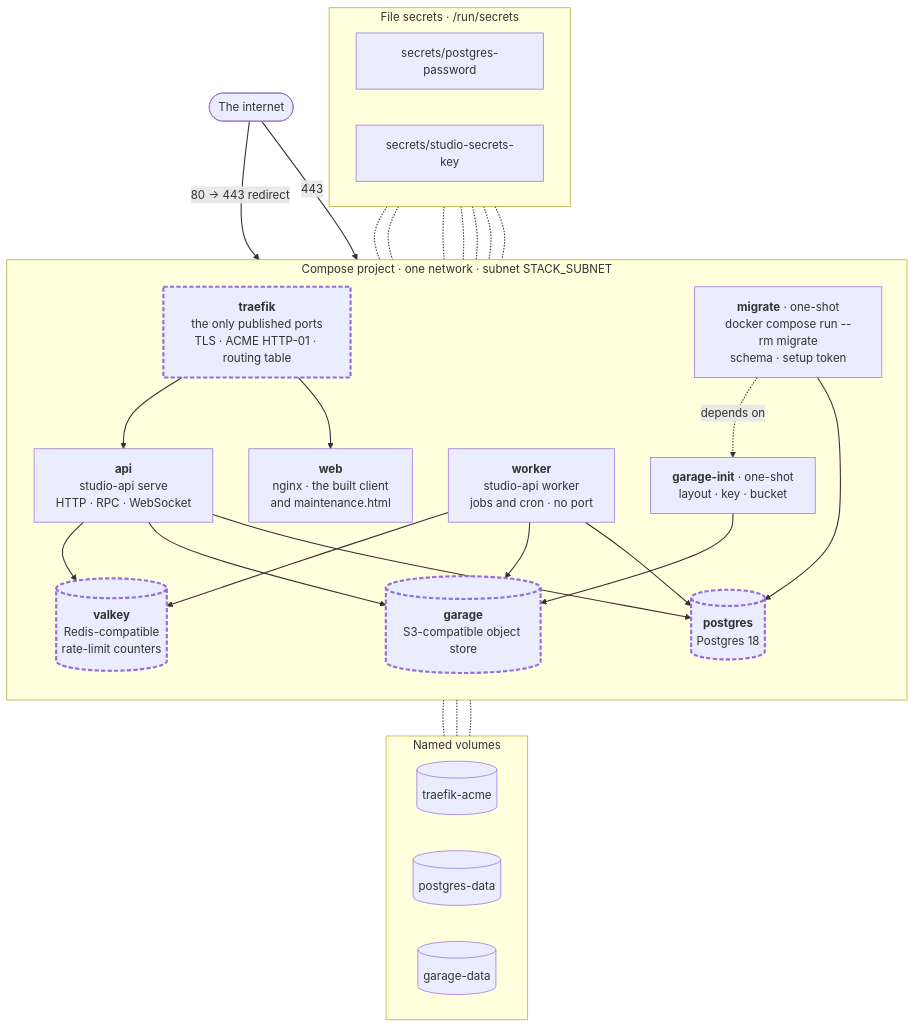
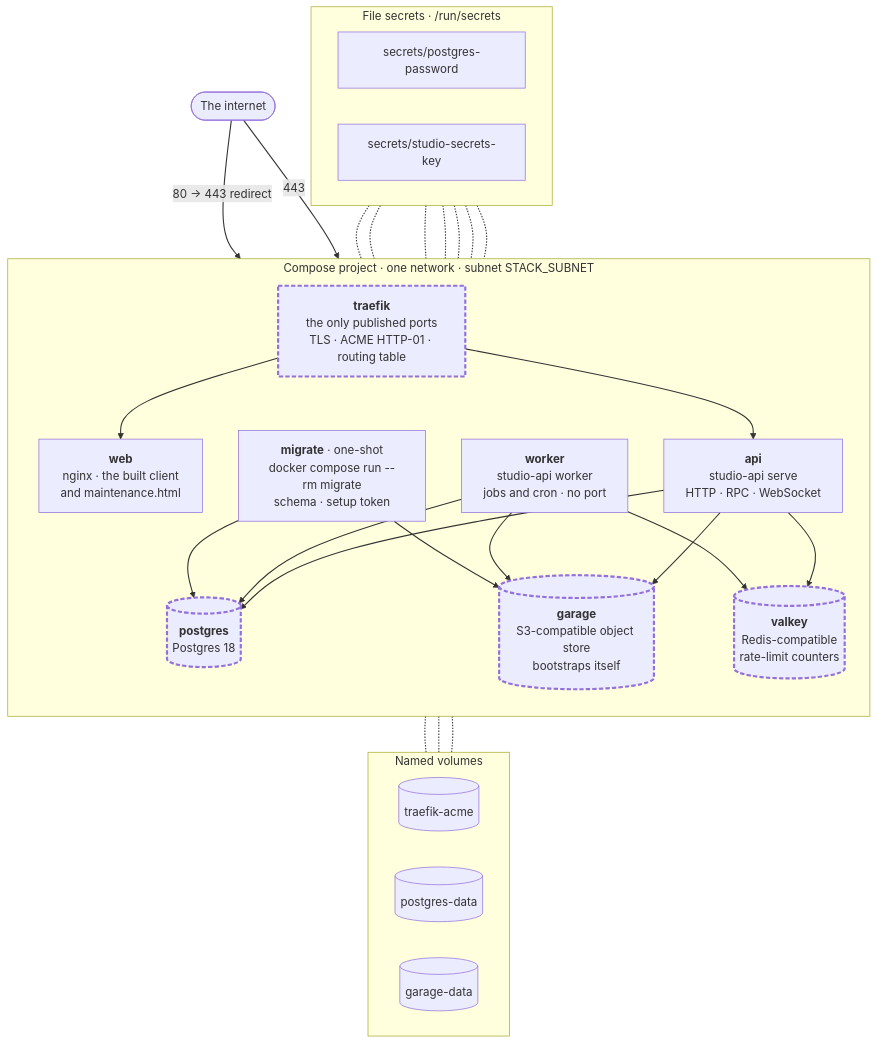
Before and after one commit to complexdatacollective/network-canvas-monorepo: the first of 2 diagrams in apps/studio/docs/topology.md, drawn with Mermaid. The commit also changed other lines of this file and 25 other files, not shown here.

First line of the commit message:
feat(studio): run Garage 2.4.1 and let it bootstrap itself

````diff
--- a/apps/studio/docs/topology.md
+++ b/apps/studio/docs/topology.md
@@ -21,66 +21,64 @@
 ```mermaid
 flowchart TB
     internet(["The internet"])
 
     subgraph project["Compose project · one network · subnet STACK_SUBNET"]
         direction TB
 
         traefik["<b>traefik</b><br>the only published ports<br>TLS · ACME HTTP-01 · routing table"]
         web["<b>web</b><br>nginx · the built client<br>and maintenance.html"]
         api["<b>api</b><br>studio-api serve<br>HTTP · RPC · WebSocket"]
         worker["<b>worker</b><br>studio-api worker<br>jobs and cron · no port"]
 
         postgres[("<b>postgres</b><br>Postgres 18")]
-        garage[("<b>garage</b><br>S3-compatible object store")]
+        garage[("<b>garage</b><br>S3-compatible object store<br>bootstraps itself")]
         valkey[("<b>valkey</b><br>Redis-compatible<br>rate-limit counters")]
 
         migrate["<b>migrate</b> · one-shot<br>docker compose run --rm migrate<br>schema · setup token"]
-        garageinit["<b>garage-init</b> · one-shot<br>layout · key · bucket"]
     end
 
     subgraph volumes["Named volumes"]
         direction LR
         vacme[("traefik-acme")]
         vpg[("postgres-data")]
         vgarage[("garage-data")]
     end
 
     subgraph secrets["File secrets · /run/secrets"]
         direction LR
         spg["secrets/postgres-password"]
         skey["secrets/studio-secrets-key"]
     end
 
     internet -->|"80 → 443 redirect"| traefik
     internet -->|443| traefik
     traefik --> web
     traefik --> api
 
     api --> postgres
     api --> garage
     api --> valkey
     worker --> postgres
     worker --> garage
     worker --> valkey
 
     migrate --> postgres
-    migrate -.->|depends on| garageinit
-    garageinit --> garage
+    migrate --> garage
 
     traefik -.- vacme
     postgres -.- vpg
     garage -.- vgarage
 
     spg -.- postgres
     spg -.- api
     spg -.- worker
     spg -.- migrate
     skey -.- api
     skey -.- worker
     skey -.- migrate
 
     classDef swappable stroke-width:3px,stroke-dasharray:6 3
     class postgres,garage,valkey,traefik swappable
 
     linkStyle default stroke-width:1.5px
 ```
````
